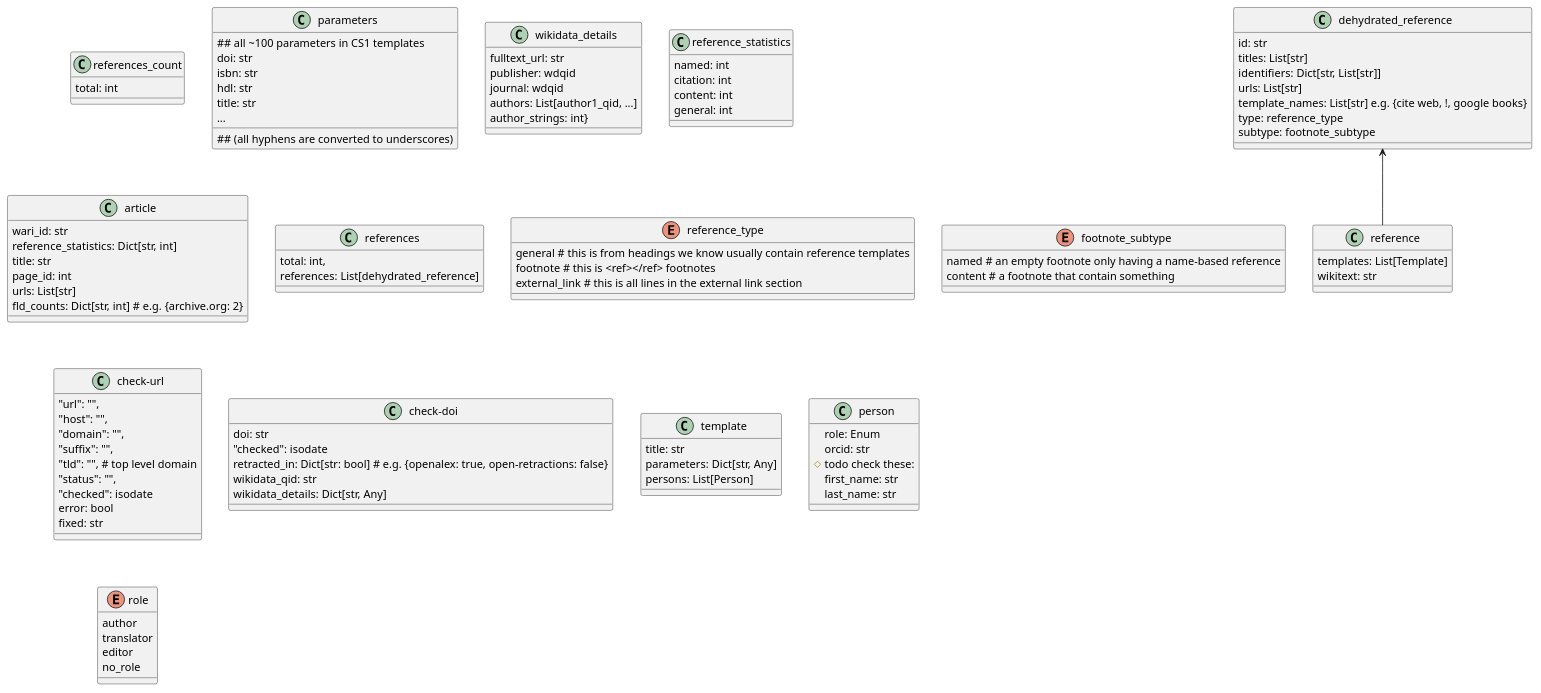
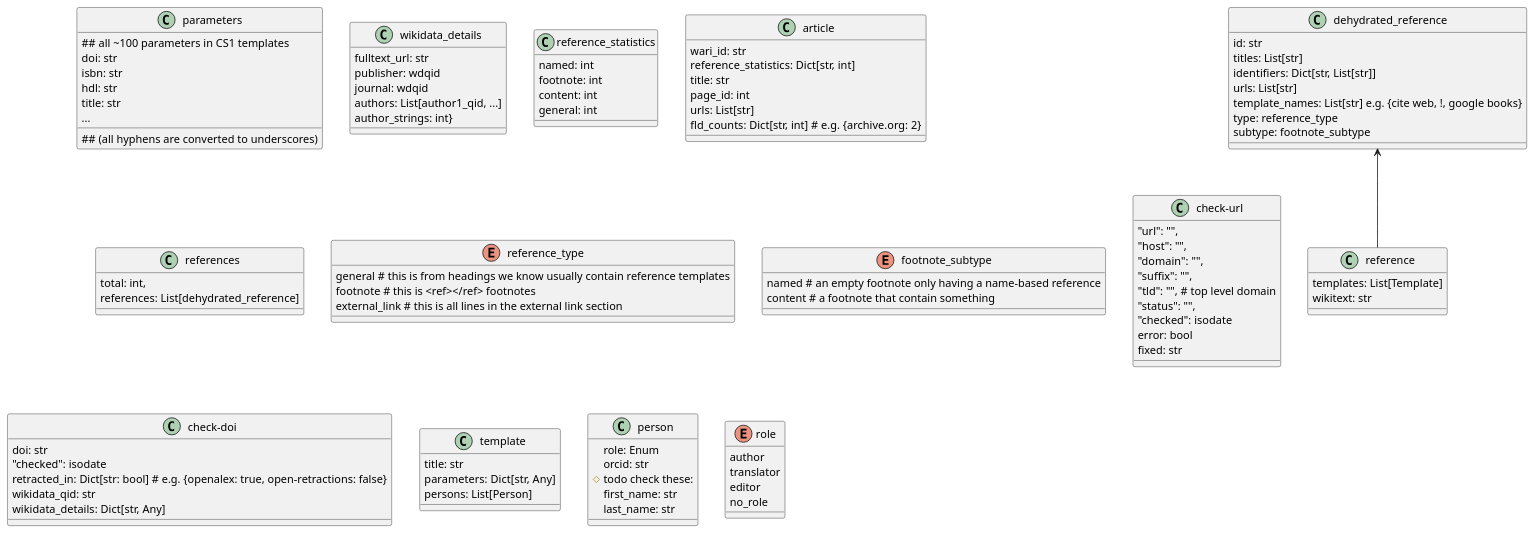
One commit to internetarchive/iari changed the diagram in diagrams/wari/classes.puml. Above: the diagram before and after it, drawn with PlantUML.

Commit message:
chore: Remove reference-count class the WARI classes.puml

```diff
--- a/diagrams/wari/classes.puml
+++ b/diagrams/wari/classes.puml
@@ -1,100 +1,100 @@
 @startuml
 'https://plantuml.com/class-diagram
 
-class references_count{
-total: int
-}
+'class references_count{
+'total: int
+'}
 class parameters{
 ## all ~100 parameters in CS1 templates
 ## (all hyphens are converted to underscores)
 doi: str
 isbn: str
 hdl: str
 title: str
 ...
 }
 class wikidata_details{
 fulltext_url: str
 publisher: wdqid
 journal: wdqid
 authors: List[author1_qid, ...]
 author_strings: int}
 }
 class reference_statistics{
 named: int
-citation: int
+footnote: int
 content: int
 general: int
 }
 class article{
 wari_id: str
 reference_statistics: Dict[str, int]
 title: str
 page_id: int
 urls: List[str]
 fld_counts: Dict[str, int] # e.g. {archive.org: 2}
 }
 class references{
 total: int,
 references: List[dehydrated_reference]
 }
 class reference{
 templates: List[Template]
 wikitext: str
 }
 enum reference_type{
 general # this is from headings we know usually contain reference templates
 footnote # this is <ref></ref> footnotes
 external_link # this is all lines in the external link section
 }
 enum footnote_subtype{
 named # an empty footnote only having a name-based reference
 content # a footnote that contain something
 }
 class dehydrated_reference {
 id: str
 titles: List[str]
 identifiers: Dict[str, List[str]]
 urls: List[str]
 template_names: List[str] e.g. {cite web, !, google books}
 type: reference_type
 subtype: footnote_subtype
 }
 dehydrated_reference <-- reference
 class check-url{
 "url": "",
 "host": "",
 "domain": "",
 "suffix": "",
 "tld": "", # top level domain
 "status": "",
 "checked": isodate
 error: bool
 fixed: str
 }
 class check-doi{
 doi: str
 "checked": isodate
 retracted_in: Dict[str: bool] # e.g. {openalex: true, open-retractions: false}
 wikidata_qid: str
 wikidata_details: Dict[str, Any]
 }
 class template{
 title: str
 parameters: Dict[str, Any]
 persons: List[Person]
 }
 class person{
 role: Enum
 orcid: str
 # todo check these:
 first_name: str
 last_name: str
 }
 enum role{
 author
 translator
 editor
 no_role
 }
 @enduml
```
